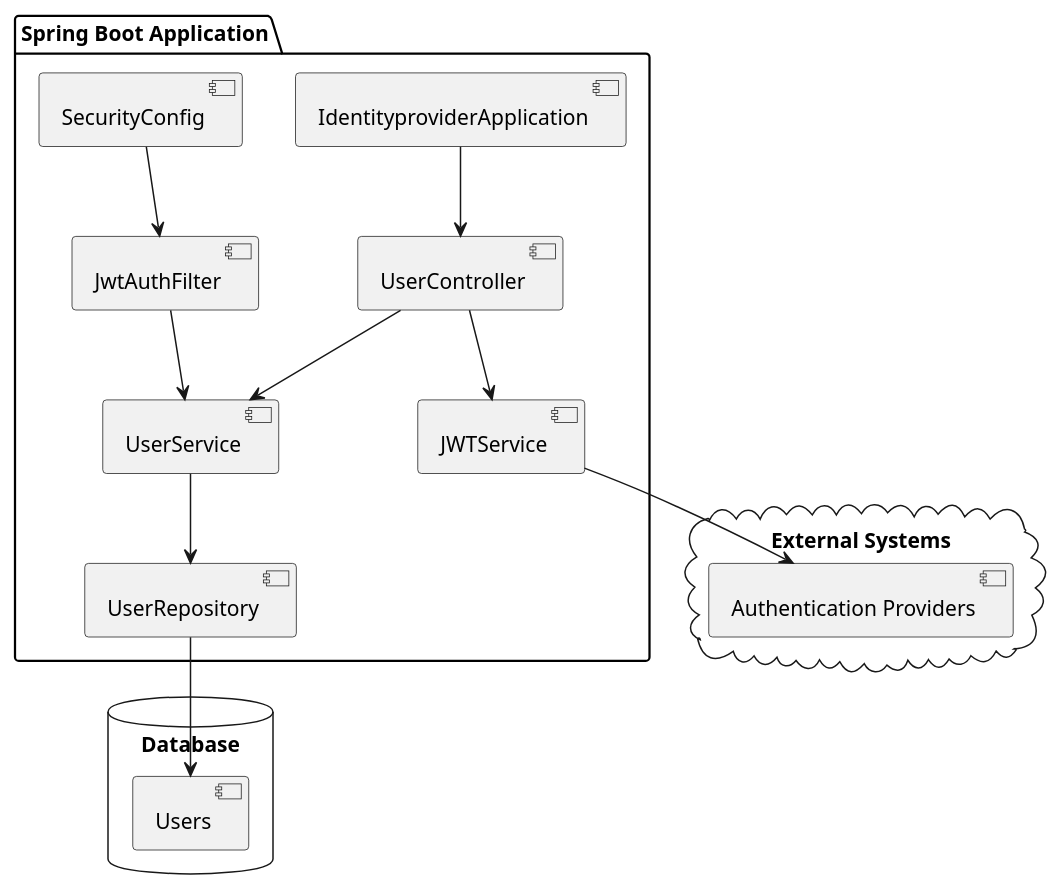
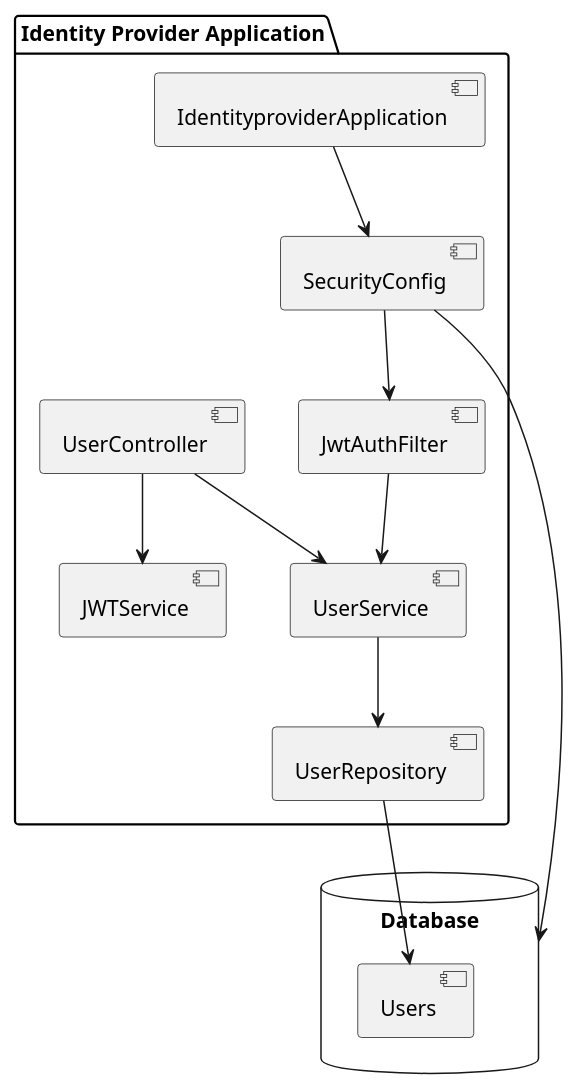
One commit to Dinesh-s95/AutoDoc.ai changed the diagram in identityprovider/documentation/architecturedesign.adoc. Above: the diagram before and after it, drawn with PlantUML. The commit also changed other lines of this file and 3 other files, not shown here.

```diff
--- a/identityprovider/documentation/architecturedesign.adoc
+++ b/identityprovider/documentation/architecturedesign.adoc
@@ -9,33 +9,28 @@
-[plantuml, diagram-arch, png]
-----
+[plantuml, "system-architecture", png]
+....
 @startuml
-package "Spring Boot Application" {
+package "Identity Provider Application" {
   [IdentityproviderApplication] as app
-  [UserController] as controller
-  [UserService] as service
-  [UserRepository] as repository
+  [SecurityConfig] as security
+  [UserController] as userCtrl
+  [JwtAuthFilter] as jwtFilter
   [JWTService] as jwtService
-  [SecurityConfig] as securityConfig
-  [JwtAuthFilter] as jwtAuthFilter
+  [UserService] as userService
+  [UserRepository] as userRepo
 }
 
 database "Database" {
   [Users]
 }
 
-cloud "External Systems" {
-  [Authentication Providers]
-}
-
-app --> controller
-controller --> service
-service --> repository
-repository --> [Users]
-controller --> jwtService
-jwtService --> [Authentication Providers]
-
-securityConfig --> jwtAuthFilter
-jwtAuthFilter --> service
+app --> security
+userCtrl --> jwtService
+userCtrl --> userService
+jwtFilter --> userService
+userService --> userRepo
+userRepo --> [Users]
+security --> jwtFilter
+security --> [Database]
 
 @enduml
-----
+....
```
